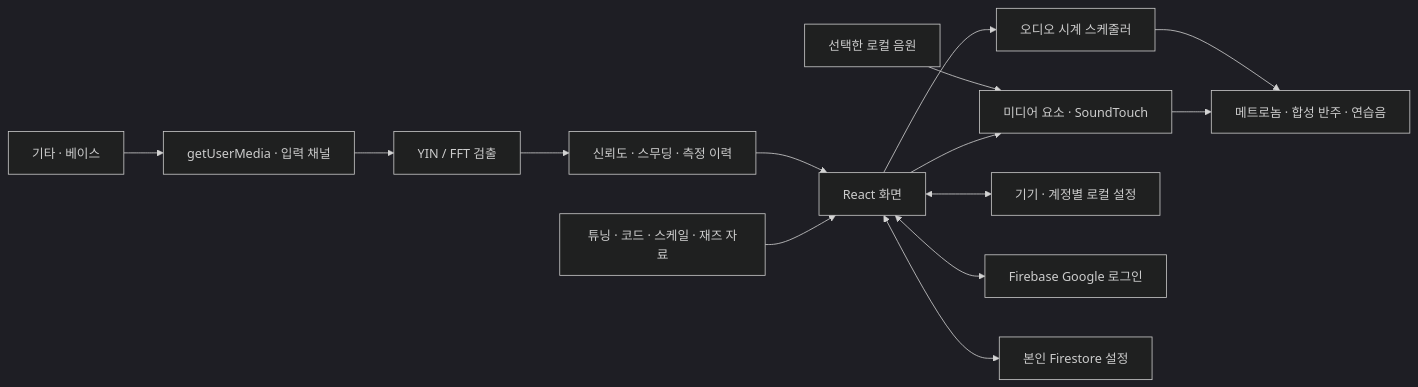
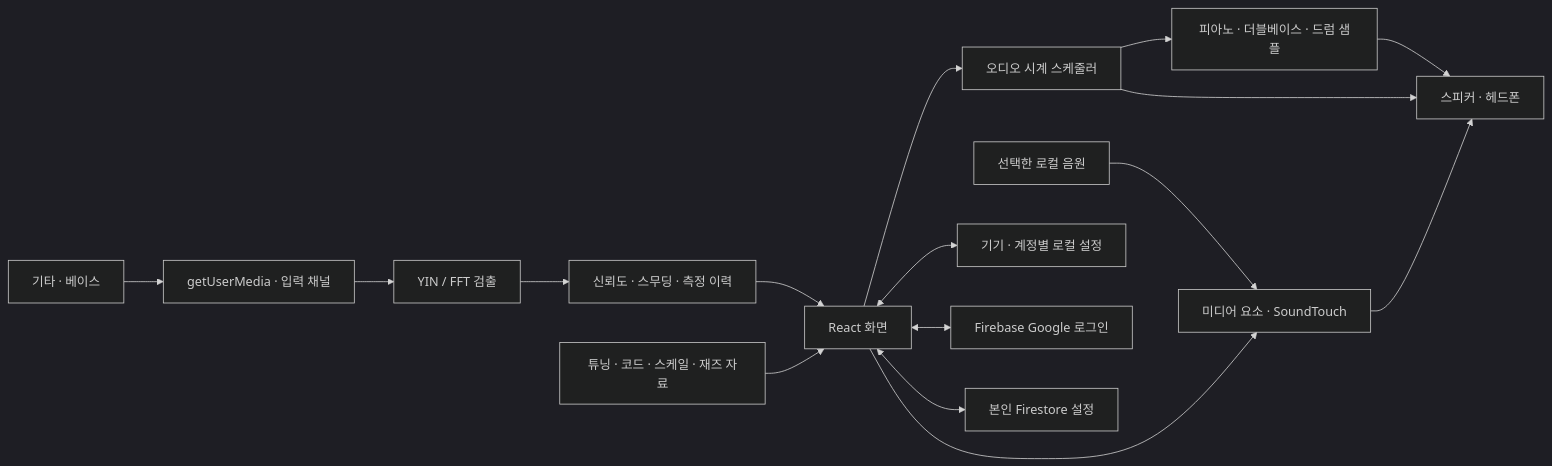
Before and after one commit to YooJuno/guitar-studio: the diagram in docs/architecture.md, drawn with Mermaid (dark theme). The commit also changed other lines of this file and 100 other files, not shown here.

````diff
--- a/docs/architecture.md
+++ b/docs/architecture.md
@@ -7,16 +7,18 @@
 ```mermaid
 flowchart LR
   Instrument[기타 · 베이스] --> Capture[getUserMedia · 입력 채널]
   Capture --> Detector[YIN / FFT 검출]
   Detector --> Tracker[신뢰도 · 스무딩 · 측정 이력]
   Tracker --> UI[React 화면]
   Theory[튜닝 · 코드 · 스케일 · 재즈 자료] --> UI
   UI --> Scheduler[오디오 시계 스케줄러]
-  Scheduler --> Output[메트로놈 · 합성 반주 · 연습음]
+  Scheduler --> Sampler[피아노 · 더블베이스 · 드럼 샘플]
+  Sampler --> Output[스피커 · 헤드폰]
+  Scheduler --> Output
   File[선택한 로컬 음원] --> Media[미디어 요소 · SoundTouch]
   UI --> Media
   Media --> Output
   UI <--> Local[기기 · 계정별 로컬 설정]
   UI <--> Auth[Firebase Google 로그인]
   UI <--> Preferences[본인 Firestore 설정]
 ```
````
